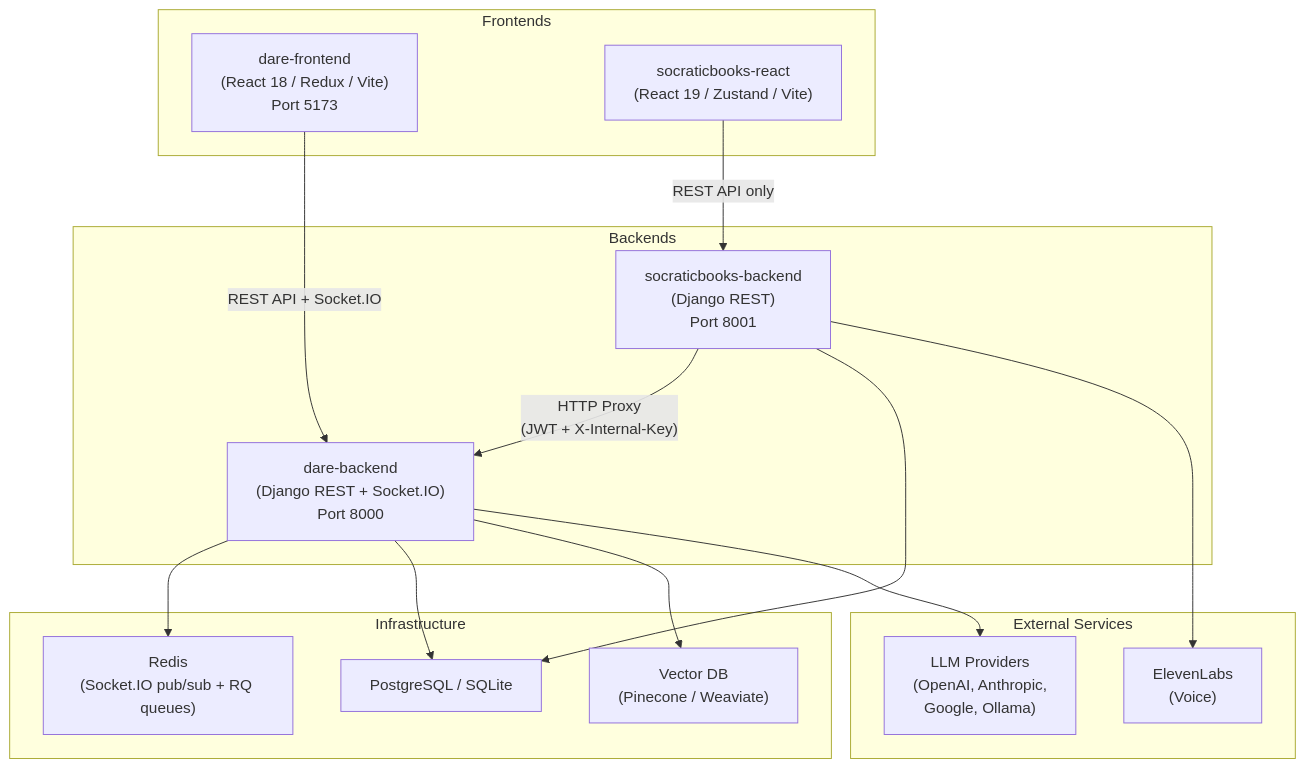
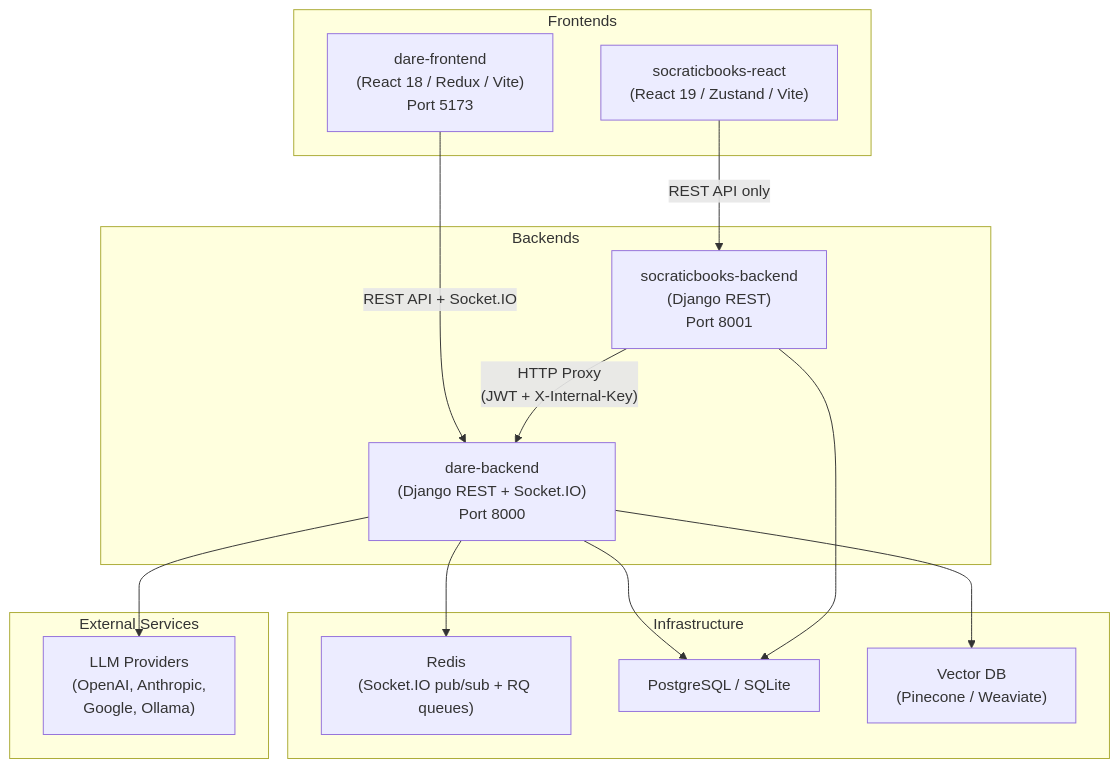
The first of 6 diagrams in docs/architecture/overview.md (cmudco/dare-backend), drawn with Mermaid before and after one commit. The commit also changed other lines of this file and 19 other files, not shown here.

````diff
--- a/docs/architecture/overview.md
+++ b/docs/architecture/overview.md
@@ -7,34 +7,32 @@
 ```mermaid
 graph TB
     subgraph "Frontends"
         DF["dare-frontend<br/>(React 18 / Redux / Vite)<br/>Port 5173"]
         SR["socraticbooks-react<br/>(React 19 / Zustand / Vite)"]
     end
 
     subgraph "Backends"
         DB["dare-backend<br/>(Django REST + Socket.IO)<br/>Port 8000"]
         SB["socraticbooks-backend<br/>(Django REST)<br/>Port 8001"]
     end
 
     subgraph "Infrastructure"
         Redis["Redis<br/>(Socket.IO pub/sub + RQ queues)"]
         PG["PostgreSQL / SQLite"]
         VDB["Vector DB<br/>(Pinecone / Weaviate)"]
     end
 
     subgraph "External Services"
         LLM["LLM Providers<br/>(OpenAI, Anthropic,<br/>Google, Ollama)"]
-        EL["ElevenLabs<br/>(Voice)"]
     end
 
     DF -- "REST API + Socket.IO" --> DB
     SR -- "REST API only" --> SB
     SB -- "HTTP Proxy<br/>(JWT + X-Internal-Key)" --> DB
 
     DB --> Redis
     DB --> PG
     DB --> VDB
     DB --> LLM
     SB --> PG
-    SB --> EL
 ```
````
